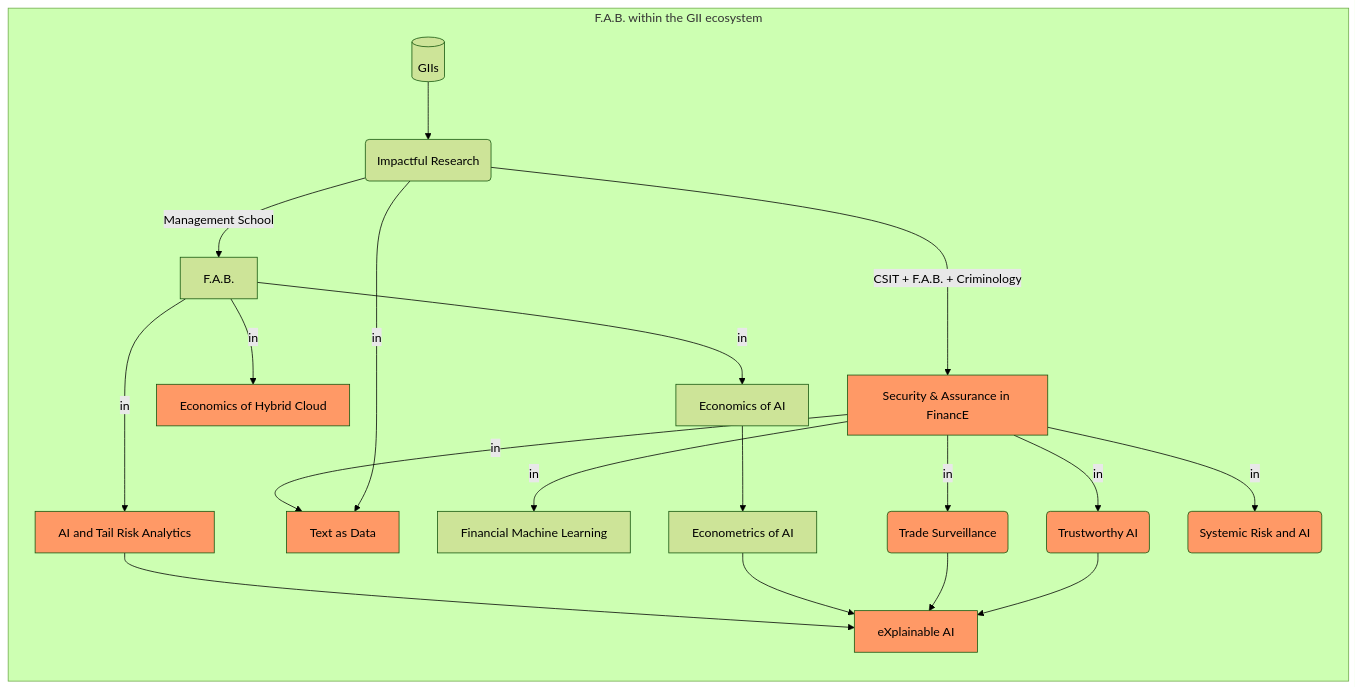
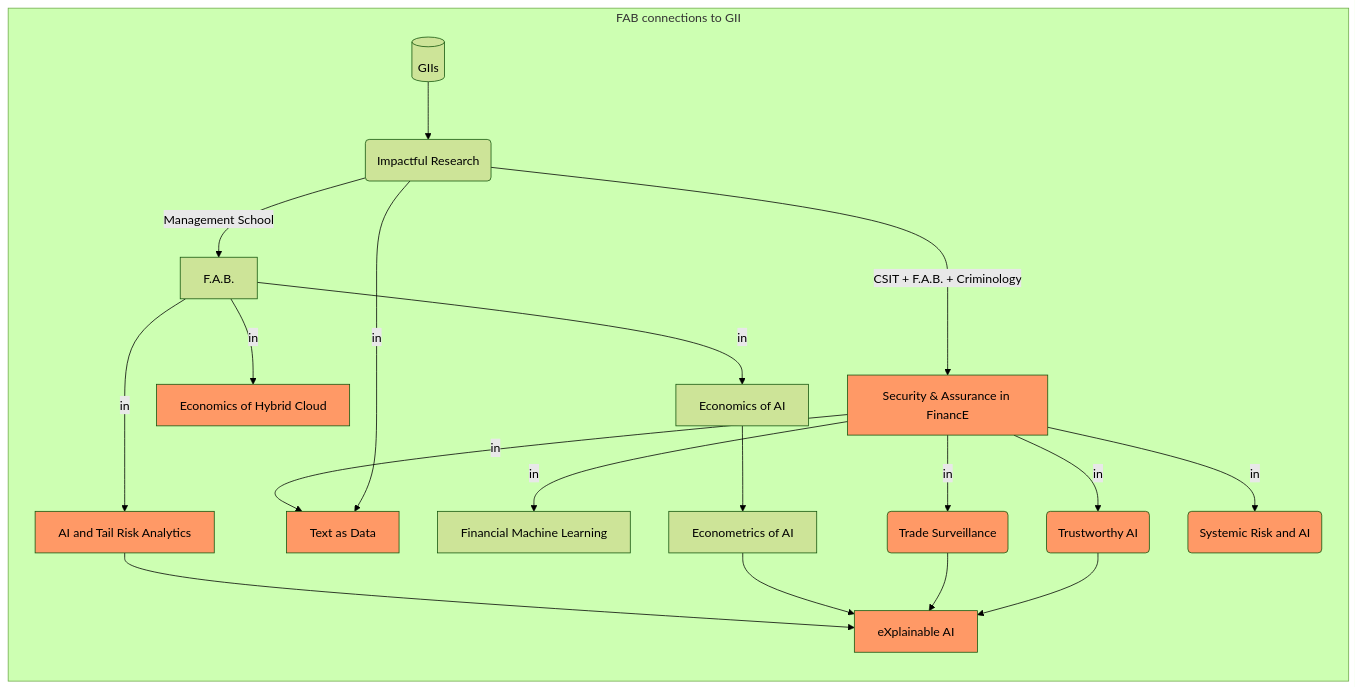
The second of 2 diagrams in strategy.qmd (quinfer/FAB), drawn with Mermaid (forest theme) before and after one commit. The commit also changed other lines of this file and 13 other files, not shown here.

````diff
--- a/strategy.qmd
+++ b/strategy.qmd
@@ -22,19 +22,19 @@
 ```{mermaid}
 graph LR
- subgraph F.A.B. within the GII ecosystem
+ subgraph FAB connections to GII
     A[(GIIs)]--> C(Impactful Research)
     C -->|CSIT + F.A.B. + Criminology| D[Security & Assurance in FinancE]
     C -->|Management School| E[F.A.B.]
     E -->|in| F[AI and Tail Risk Analytics]:::reg
     E -->|in| X[Economics of Hybrid Cloud]:::reg
     
     D:::reg & C -->|in| N[Text as Data]:::reg
     D -->|in| P[Financial Machine Learning]
     E -->|in| H[Economics of AI] --> L[Econometrics of AI]
     D --> |in| I(Trade Surveillance):::reg
     D --> |in| J(Trustworthy AI):::reg
     D --> |in| K(Systemic Risk and AI):::reg
     F & L & I & J --> M[eXplainable AI]:::reg
     classDef reg fill:#f96;
   end
 ```
````
